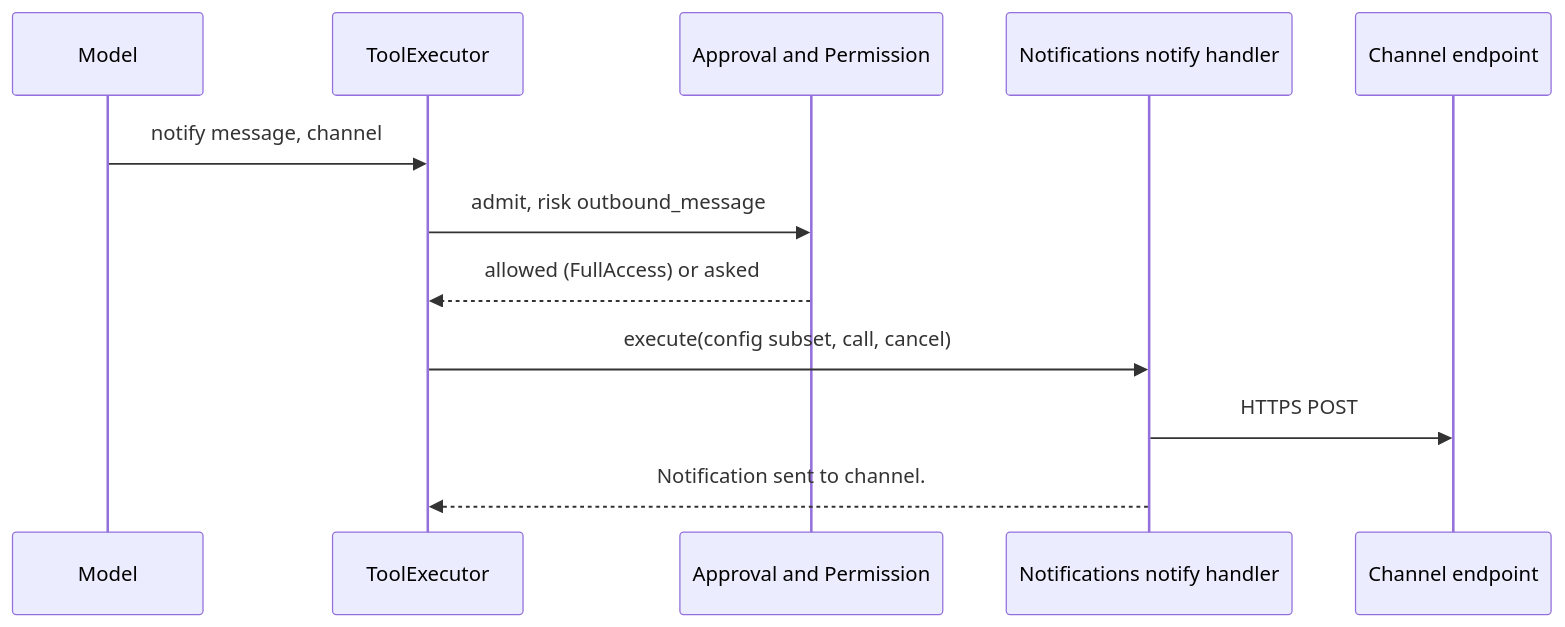
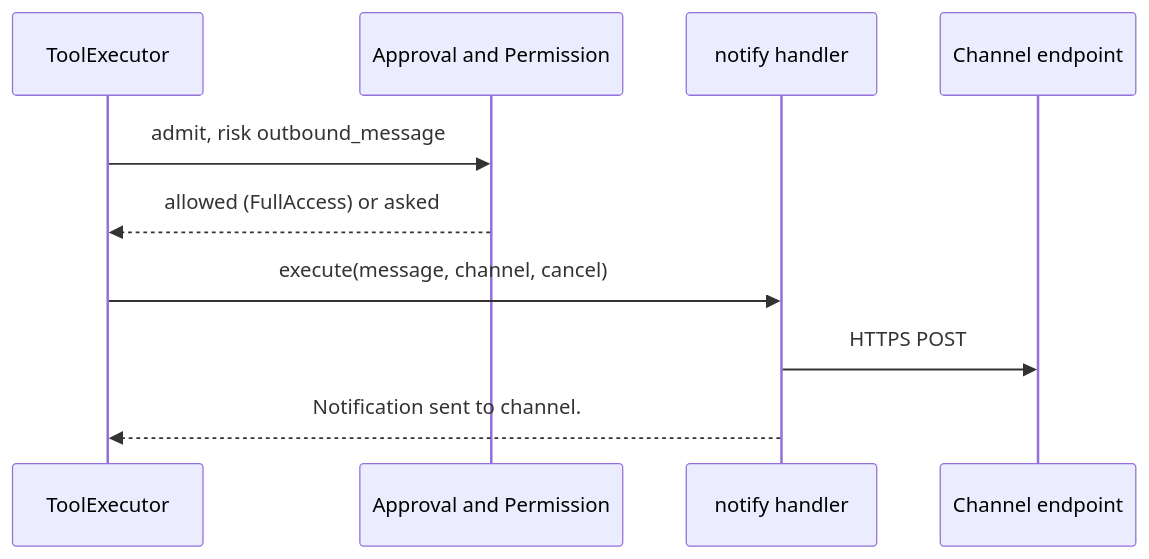
The fifth of 6 diagrams in docs/design/plugins/Notifications.md (CoutinhoTTS/dim-agent), drawn with Mermaid before and after one commit. The commit also changed other lines of this file and 3 other files, not shown here.

````diff
--- a/docs/design/plugins/Notifications.md
+++ b/docs/design/plugins/Notifications.md
@@ -122,14 +115,12 @@
 ```mermaid
 sequenceDiagram
-  participant Model
   participant TE as ToolExecutor
   participant AP as Approval and Permission
-  participant NP as Notifications notify handler
+  participant NP as notify handler
   participant CH as Channel endpoint
-  Model->>TE: notify message, channel
   TE->>AP: admit, risk outbound_message
   AP-->>TE: allowed (FullAccess) or asked
-  TE->>NP: execute(config subset, call, cancel)
+  TE->>NP: execute(message, channel, cancel)
   NP->>CH: HTTPS POST
   NP-->>TE: Notification sent to channel.
 ```
````
